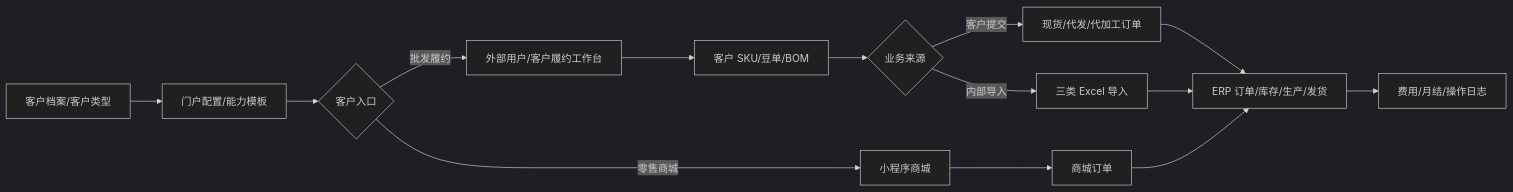
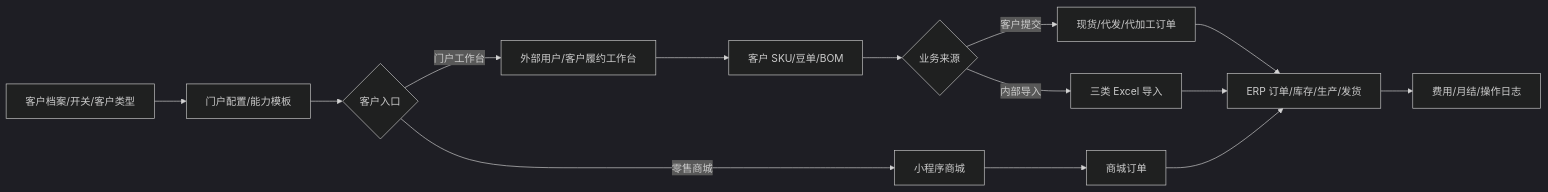
One commit to Backstage2539/KFerp changed the first of 8 diagrams in orderapp-remote/docs/OP_MANUAL_CUSTOMER_FULFILLMENT.md. Above: the diagram before and after it, drawn with Mermaid (dark theme). The commit also changed other lines of this file and 37 other files, not shown here.

````diff
--- a/orderapp-remote/docs/OP_MANUAL_CUSTOMER_FULFILLMENT.md
+++ b/orderapp-remote/docs/OP_MANUAL_CUSTOMER_FULFILLMENT.md
@@ -13,16 +13,16 @@
 ```mermaid
 flowchart LR
-  A["客户档案/客户类型"] --> B["门户配置/能力模板"]
+  A["客户档案/开关/客户类型"] --> B["门户配置/能力模板"]
   B --> C{"客户入口"}
-  C -->|批发履约| D["外部用户/客户履约工作台"]
+  C -->|门户工作台| D["外部用户/客户履约工作台"]
   C -->|零售商城| E["小程序商城"]
   D --> F["客户 SKU/豆单/BOM"]
   F --> G{"业务来源"}
   G -->|客户提交| H["现货/代发/代加工订单"]
   G -->|内部导入| I["三类 Excel 导入"]
   E --> J["商城订单"]
   H --> K["ERP 订单/库存/生产/发货"]
   I --> K
   J --> K
   K --> L["费用/月结/操作日志"]
 ```
````
